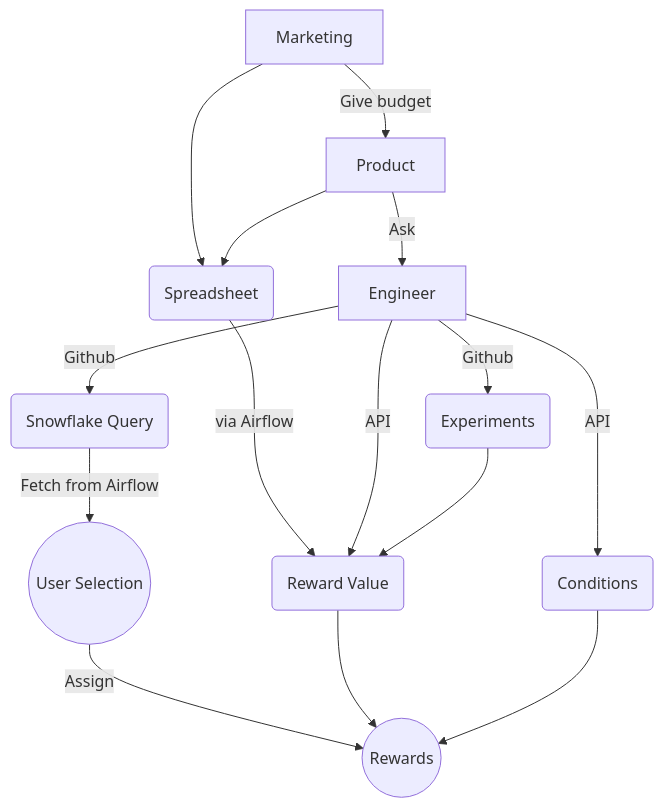
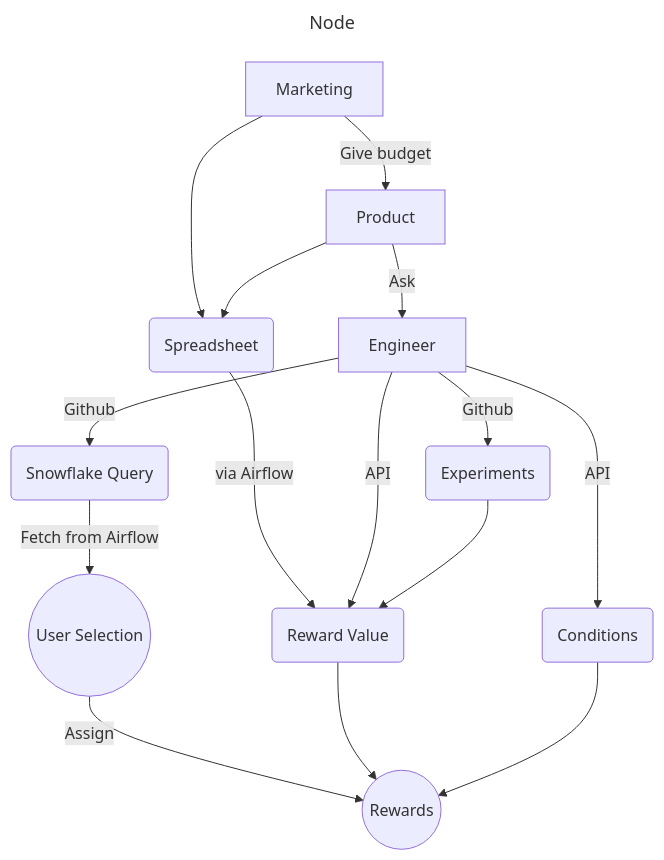
The diagram in movie/backstage/docs/index.md (svkaizoku/github-tasks), drawn with Mermaid before and after one commit.

````diff
--- a/movie/backstage/docs/index.md
+++ b/movie/backstage/docs/index.md
@@ -2,17 +2,20 @@
 ```mermaid
+---
+title: Node
+---
 flowchart TD
     M[Marketing] -->|Give budget| P[Product]
     M --> S(Spreadsheet)
     S -->|via Airflow| A(Reward Value)
     P --> S
     E -->|API| A
     E -->|API| C(Conditions)
     P -->|Ask| E[Engineer]
     E -->|Github| X(Experiments)
     E -->|Github| G(Snowflake Query)
     G -->|Fetch from Airflow| U((User Selection))
     U -->|Assign| R((Rewards))
     A --> R
     C --> R
     X --> A
 ```
````
